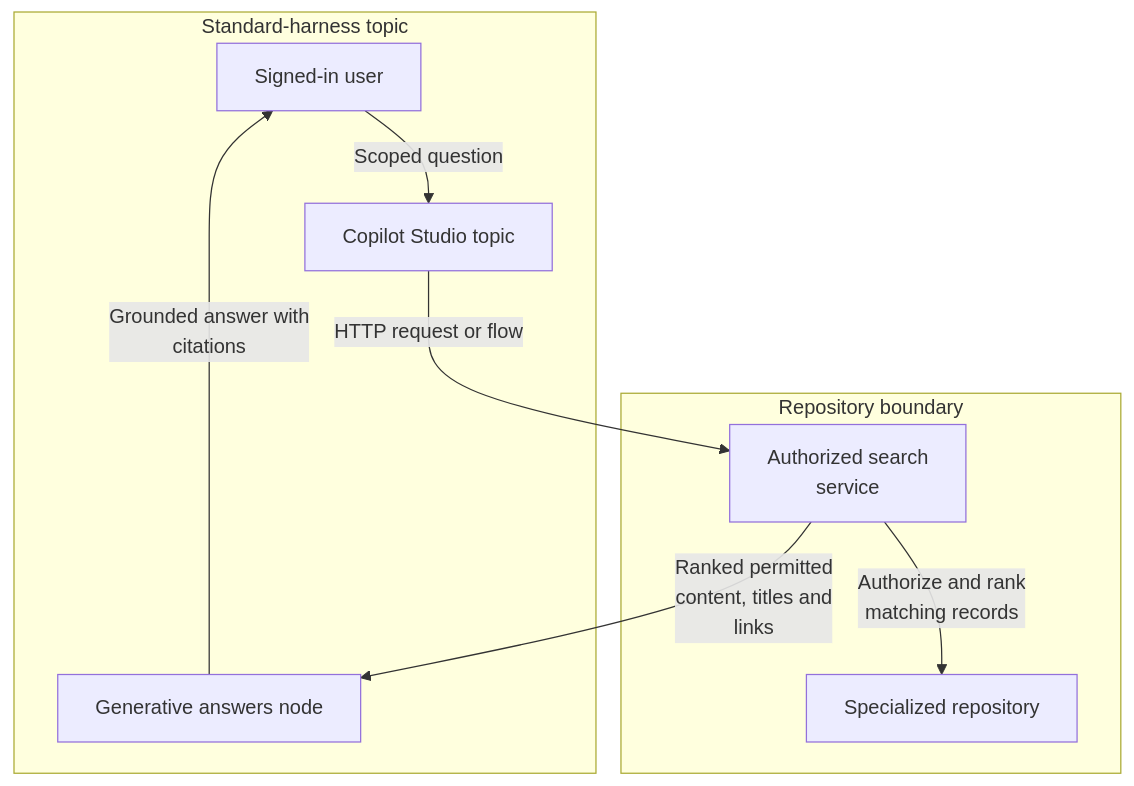
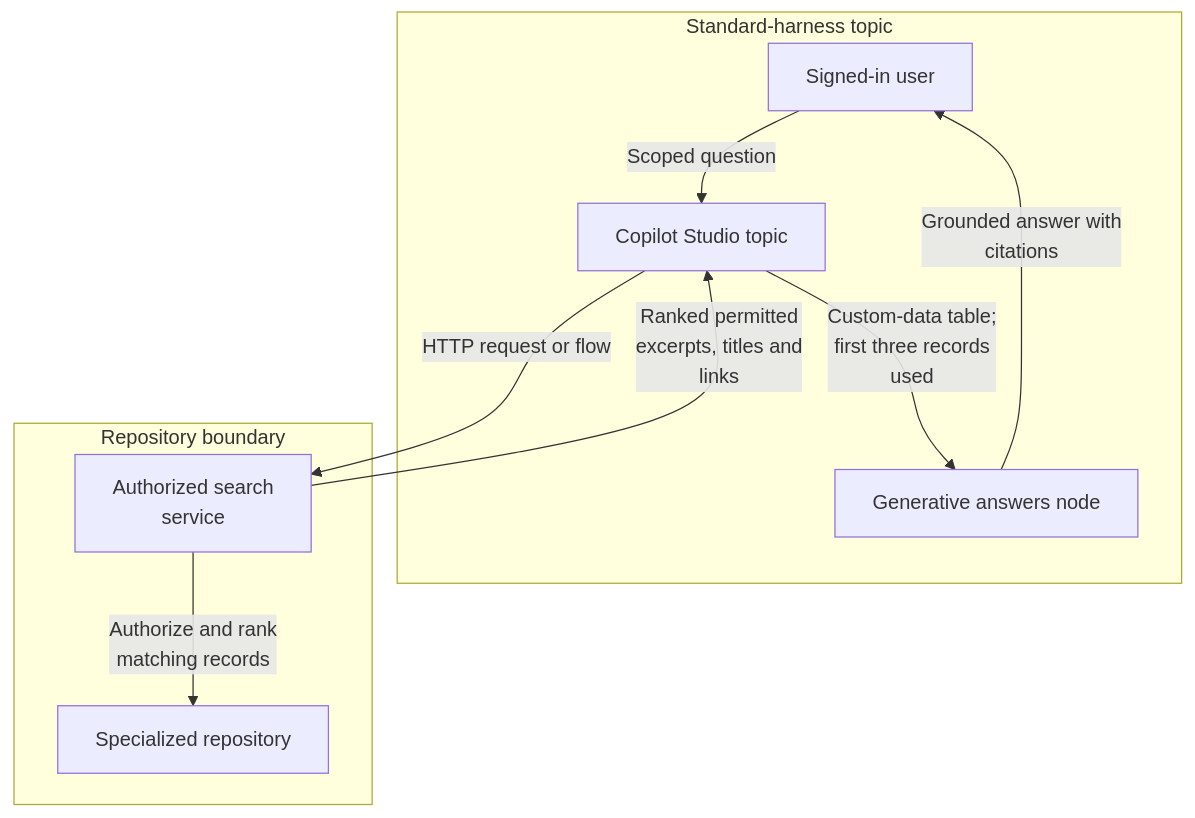
The first of 2 diagrams in technical-patterns/custom-retrieval.md (abhishek-ai-enabler/copilotstudio-architecture-patterns), drawn with Mermaid before and after one commit. The commit also changed 41 other files, not shown here.

First line of the commit message:
Review diagrams: add return paths and fix flow accuracy

````diff
--- a/technical-patterns/custom-retrieval.md
+++ b/technical-patterns/custom-retrieval.md
@@ -7,19 +7,20 @@
 ```mermaid
 flowchart TB
     accTitle: Bring authorized search results to a generative answers node - architecture
     accDescr: The search service must filter results before the agent sees them. A protected citation URL does not prevent disclosure of an unauthorized excerpt.
     subgraph group0["Standard-harness topic"]
         U["Signed-in user"]
         T["Copilot Studio topic"]
         G["Generative answers node"]
     end
     subgraph group3["Repository boundary"]
         S["Authorized search<br/>service"]
         D["Specialized repository"]
     end
     U -->|"Scoped question"| T
     T -->|"HTTP request or flow"| S
     S -->|"Authorize and rank<br/>matching records"| D
-    S -->|"Ranked permitted<br/>content, titles and<br/>links"| G
+    S -->|"Ranked permitted<br/>excerpts, titles and<br/>links"| T
     G -->|"Grounded answer with<br/>citations"| U
+    T -->|"Custom-data table;<br/>first three records<br/>used"| G
 ```
````
